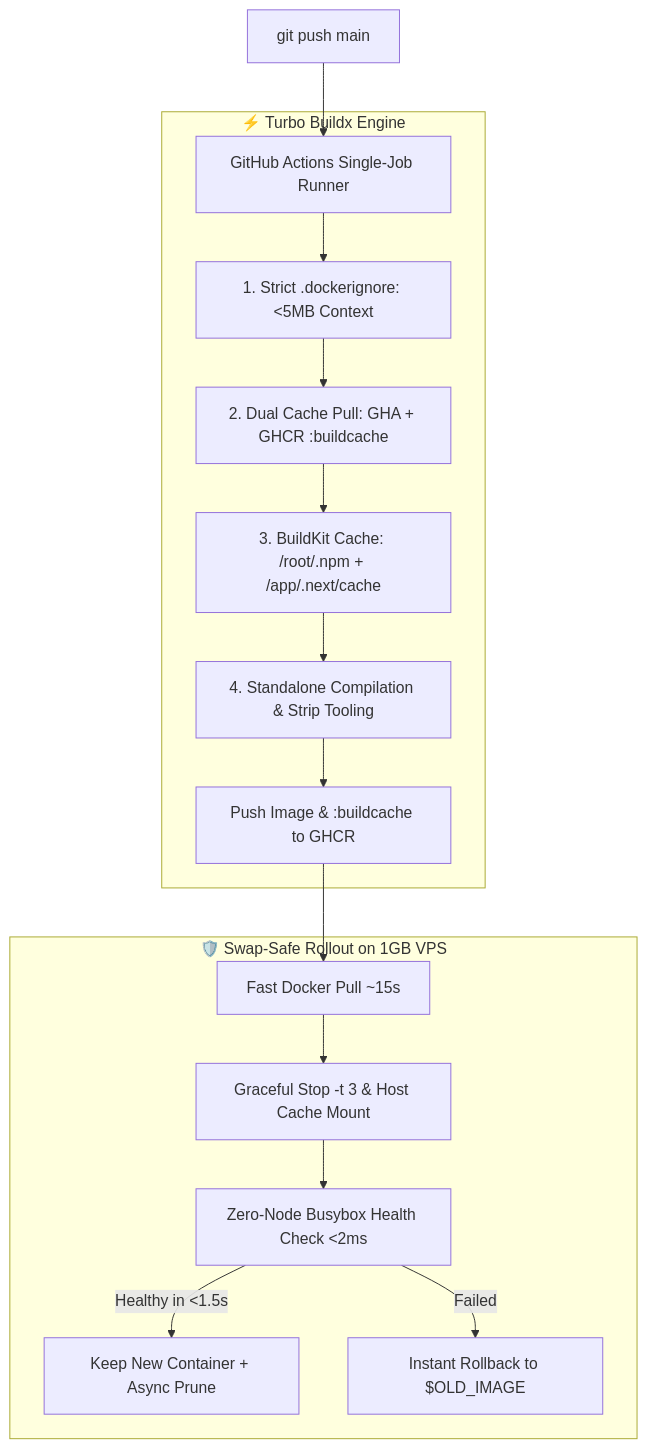
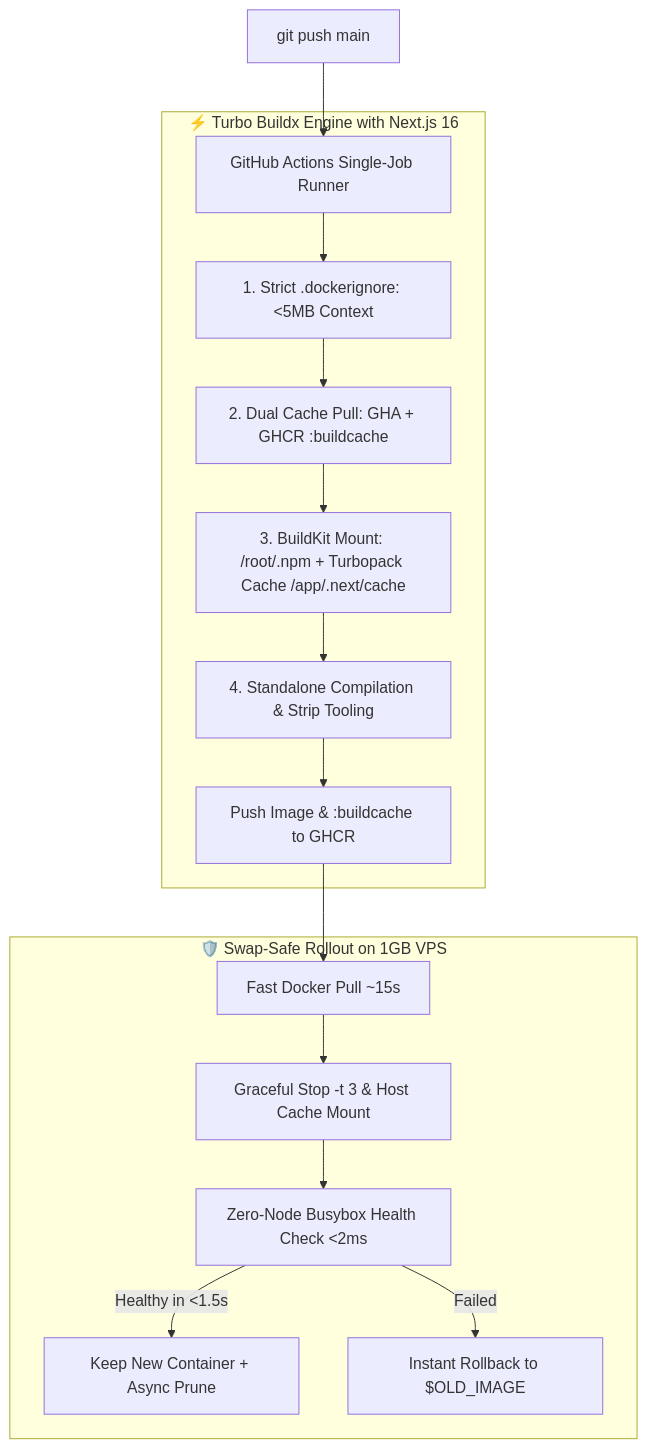
Before and after one commit to GreenHacker420/nextjs-cicd-optimizer: the diagram in README.md, drawn with Mermaid. The commit also changed other lines of this file and 3 other files, not shown here.

Commit message:
feat(nextjs-16): update to Next.js 16, Turbopack default engine, React 19, and Node 22 LTS

````diff
--- a/README.md
+++ b/README.md
@@ -49,20 +52,20 @@
 ```mermaid
 flowchart TD
     A[git push main] --> B[GitHub Actions Single-Job Runner]
     
-    subgraph Build Phase [⚡ Turbo Buildx Engine]
+    subgraph Build Phase [⚡ Turbo Buildx Engine with Next.js 16]
         B --> C[1. Strict .dockerignore: <5MB Context]
         C --> D[2. Dual Cache Pull: GHA + GHCR :buildcache]
-        D --> E[3. BuildKit Cache: /root/.npm + /app/.next/cache]
+        D --> E[3. BuildKit Mount: /root/.npm + Turbopack Cache /app/.next/cache]
         E --> F[4. Standalone Compilation & Strip Tooling]
         F --> G[Push Image & :buildcache to GHCR]
     end
 
     subgraph Deploy Phase [🛡️ Swap-Safe Rollout on 1GB VPS]
         G --> H[Fast Docker Pull ~15s]
         H --> I[Graceful Stop -t 3 & Host Cache Mount]
         I --> J[Zero-Node Busybox Health Check <2ms]
         J -->|Healthy in <1.5s| K[Keep New Container + Async Prune]
         J -->|Failed| L[Instant Rollback to $OLD_IMAGE]
     end
 ```
````
